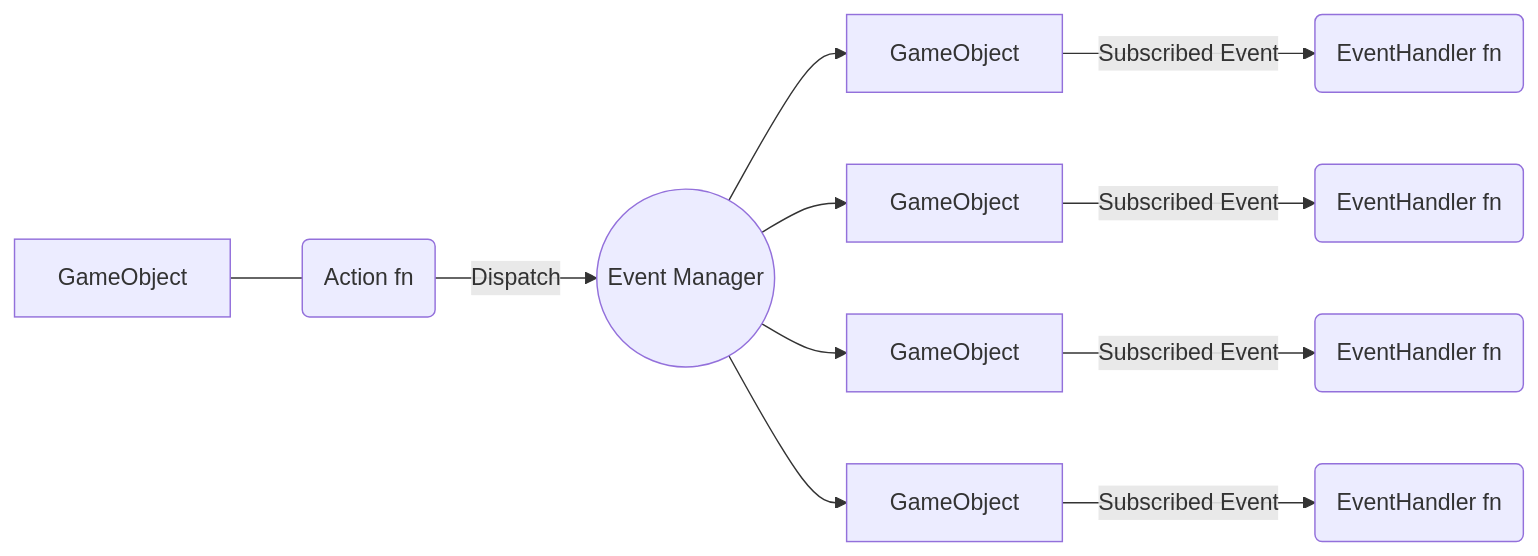
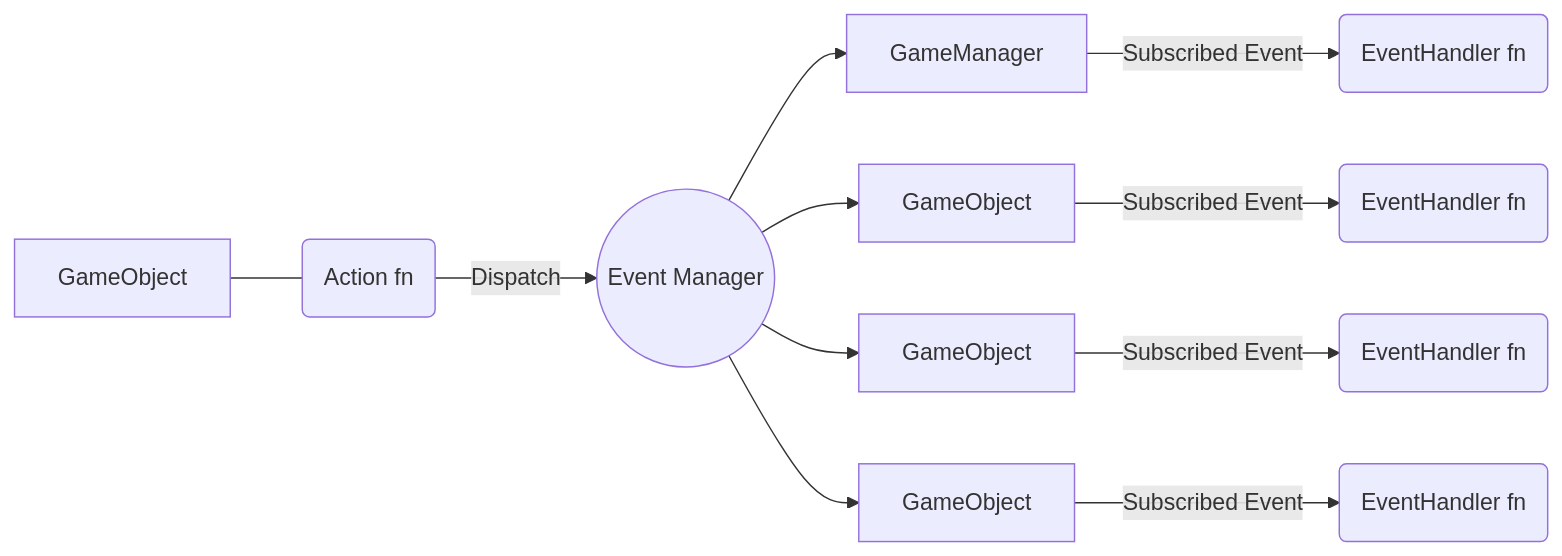
Before and after one commit to gsg-jay/GamePatterns: the diagram in README.md, drawn with Mermaid.

````diff
--- a/README.md
+++ b/README.md
@@ -3,9 +3,9 @@
 ```mermaid
 graph LR;
 c0["GameObject"]---a
 a("Action fn")-->|Dispatch|em(("Event Manager"))
-em-->c1["GameObject"]-->|Subscribed Event|eh1("EventHandler fn")
+em-->gm["GameManager"]-->|Subscribed Event|eh1("EventHandler fn")
 em-->c2["GameObject"]-->|Subscribed Event|eh2("EventHandler fn")
 em-->c3["GameObject"]-->|Subscribed Event|eh3("EventHandler fn")
 em-->c4["GameObject"]-->|Subscribed Event|eh4("EventHandler fn")
 ```
````
